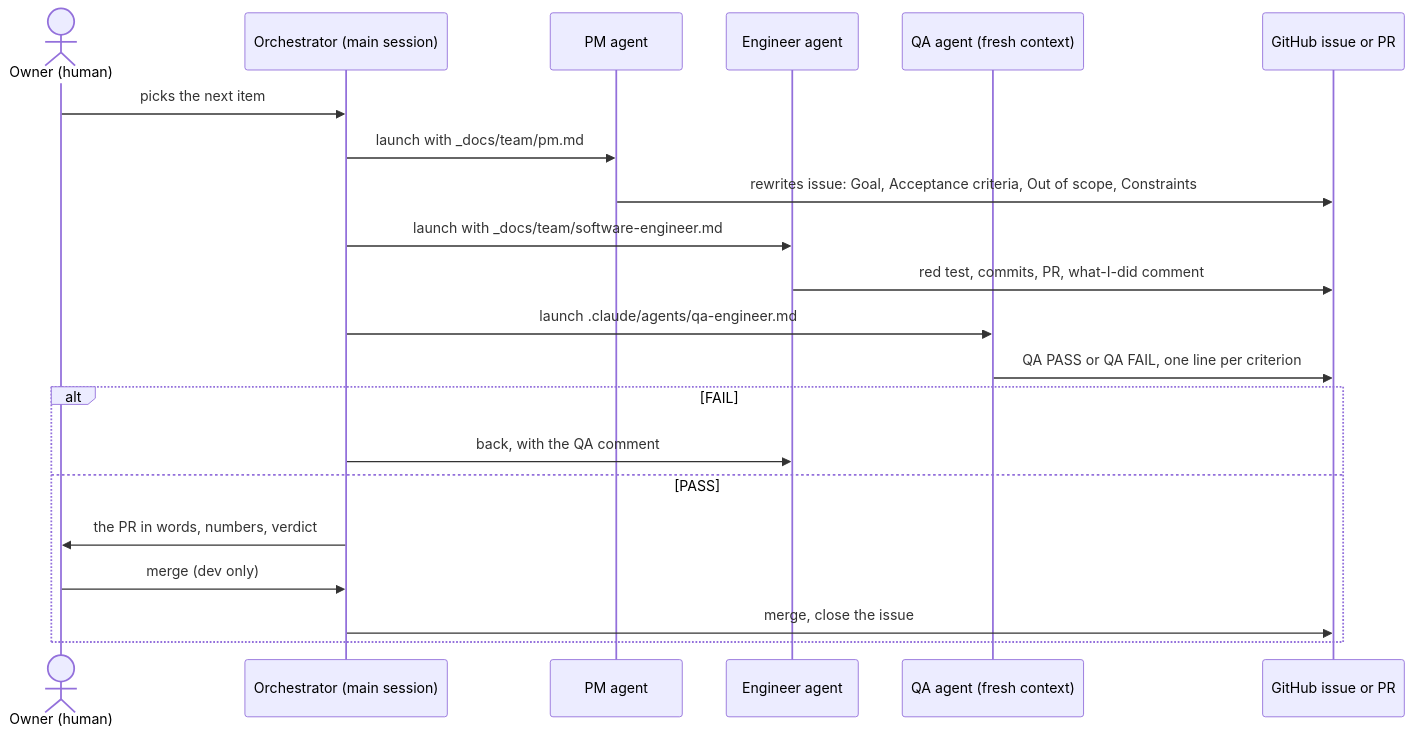
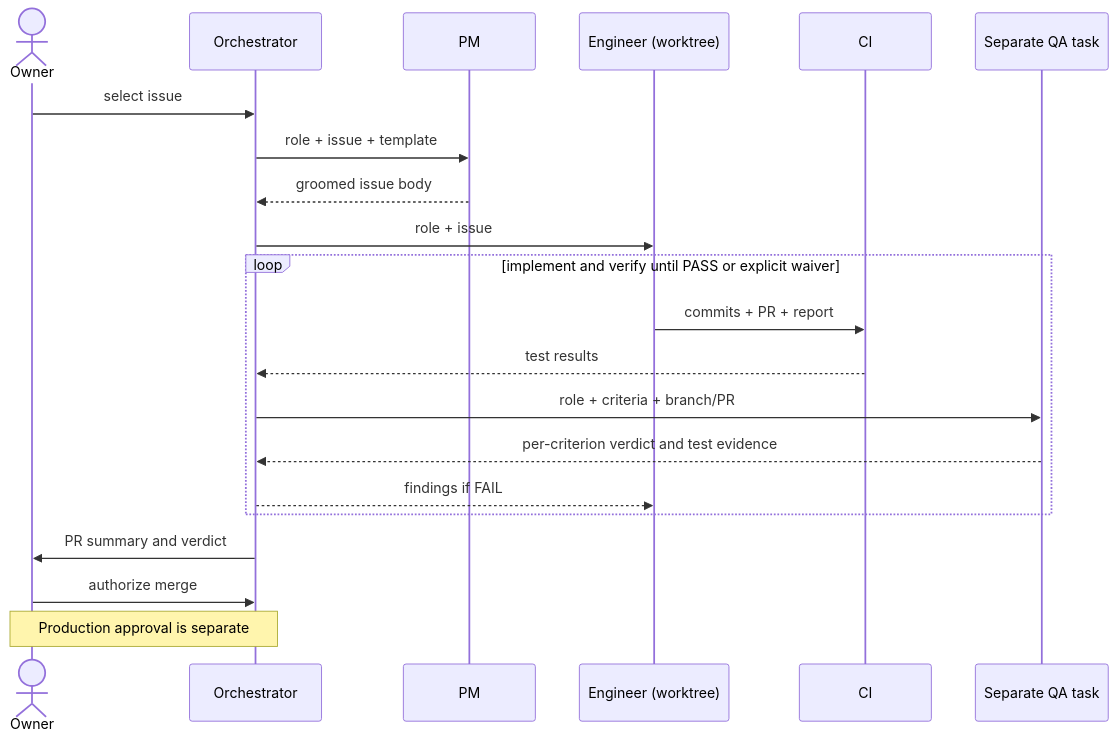
One commit to alexisdacquay/sail-event changed the first of 6 diagrams in docs/reviewer-guide.md. Above: the diagram before and after it, drawn with Mermaid. The commit also changed other lines of this file and 30 other files, not shown here.

````diff
--- a/docs/reviewer-guide.md
+++ b/docs/reviewer-guide.md
@@ -244,23 +168,23 @@
 ```mermaid
 sequenceDiagram
-  actor Owner as Owner (human)
-  participant O as Orchestrator (main session)
-  participant PM as PM agent
-  participant E as Engineer agent
-  participant QA as QA agent (fresh context)
-  participant GH as GitHub issue or PR
-  Owner->>O: picks the next item
-  O->>PM: launch with _docs/team/pm.md
-  PM->>GH: rewrites issue: Goal, Acceptance criteria, Out of scope, Constraints
-  O->>E: launch with _docs/team/software-engineer.md
-  E->>GH: red test, commits, PR, what-I-did comment
-  O->>QA: launch .claude/agents/qa-engineer.md
-  QA->>GH: QA PASS or QA FAIL, one line per criterion
-  alt FAIL
-    O->>E: back, with the QA comment
-  else PASS
-    O->>Owner: the PR in words, numbers, verdict
-    Owner->>O: merge (dev only)
-    O->>GH: merge, close the issue
+  actor Owner
+  participant O as Orchestrator
+  participant PM
+  participant E as Engineer (worktree)
+  participant CI
+  participant QA as Separate QA task
+  Owner->>O: select issue
+  O->>PM: role + issue + template
+  PM-->>O: groomed issue body
+  O->>E: role + issue
+  loop implement and verify until PASS or explicit waiver
+    E->>CI: commits + PR + report
+    CI-->>O: test results
+    O->>QA: role + criteria + branch/PR
+    QA-->>O: per-criterion verdict and test evidence
+    O-->>E: findings if FAIL
   end
+  O->>Owner: PR summary and verdict
+  Owner->>O: authorize merge
+  Note over Owner,O: Production approval is separate
 ```
````
